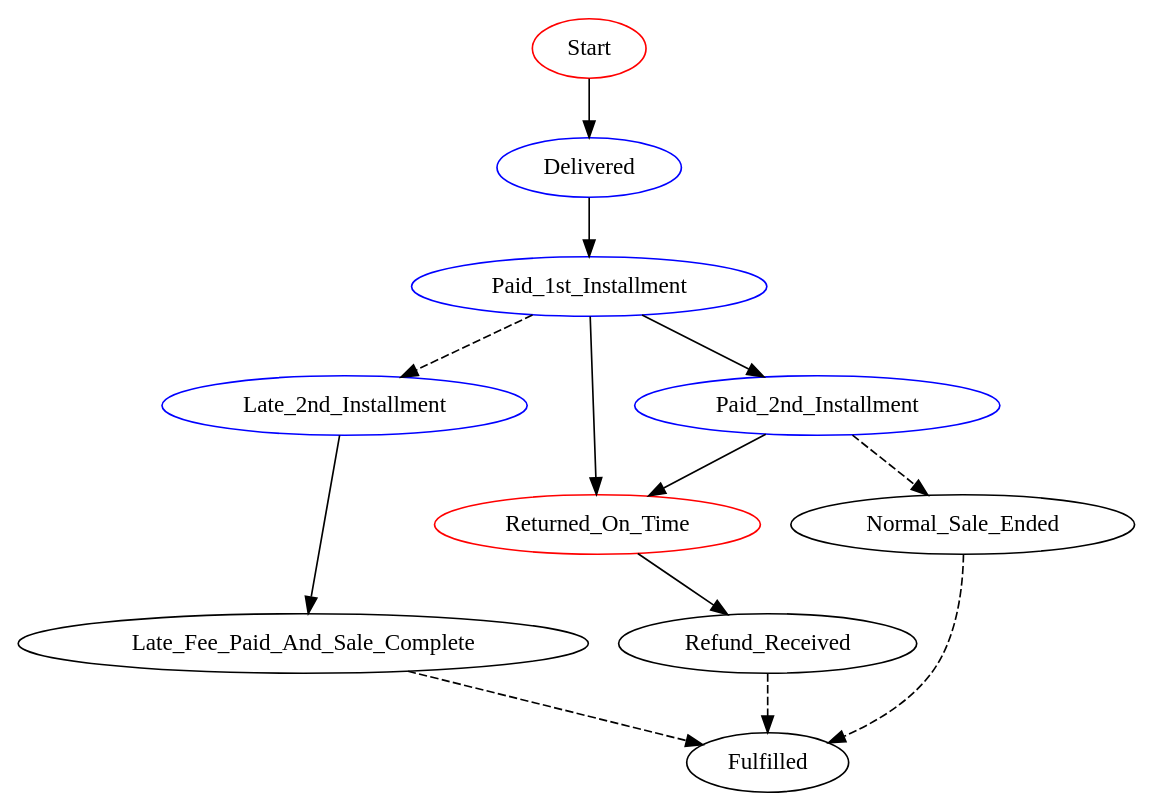
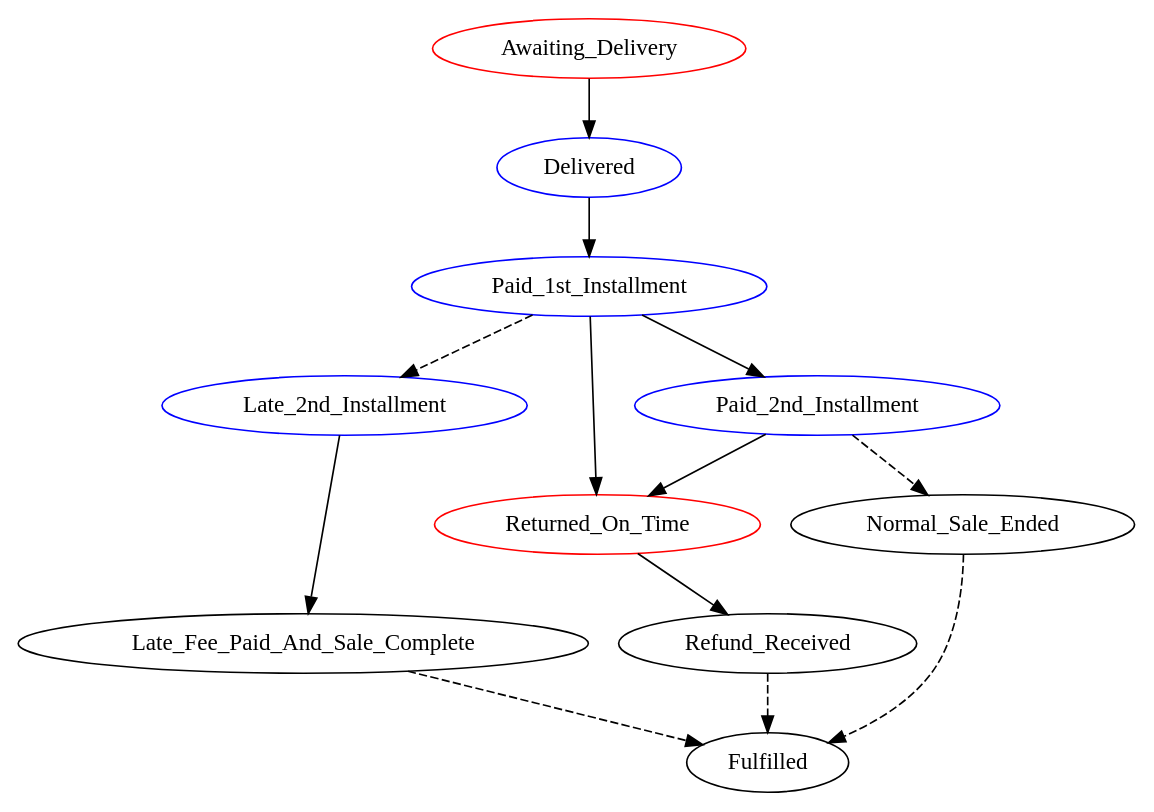
Before and after one commit to Marcao02/complaw-deeptech: the diagram in linear_state_machine_language/out/hvitved_printer.dot, drawn with Graphviz. The commit also changed 10 other files, not shown here.

```diff
--- a/linear_state_machine_language/out/hvitved_printer.dot
+++ b/linear_state_machine_language/out/hvitved_printer.dot
@@ -1,25 +1,25 @@
 // THIS IS A GENERATED FILE. DO NOT EDIT.
 
 digraph Two_part_sale_Hvitved_Laser_Printer {
-	Start[label=Start,color=Red];
+	Awaiting_Delivery[label=Awaiting_Delivery,color=Red];
 	Delivered[label=Delivered,color=Blue];
 	Paid_1st_Installment[label=Paid_1st_Installment,color=Blue];
 	Late_2nd_Installment[label=Late_2nd_Installment,color=Blue];
 	Paid_2nd_Installment[label=Paid_2nd_Installment,color=Blue];
 	Returned_On_Time[label=Returned_On_Time,color=Red];
 	Late_Fee_Paid_And_Sale_Complete[label=Late_Fee_Paid_And_Sale_Complete];
 	Normal_Sale_Ended[label=Normal_Sale_Ended];
 	Refund_Received[label=Refund_Received];
-	Start -> Delivered;
+	Awaiting_Delivery -> Delivered;
 	Delivered -> Paid_1st_Installment;
 	Paid_1st_Installment -> Paid_2nd_Installment;
 	Paid_1st_Installment -> Returned_On_Time;
 	Paid_1st_Installment -> Late_2nd_Installment [style=dashed];
 	Late_2nd_Installment -> Late_Fee_Paid_And_Sale_Complete;
 	Paid_2nd_Installment -> Returned_On_Time;
 	Paid_2nd_Installment -> Normal_Sale_Ended [style=dashed];
 	Returned_On_Time -> Refund_Received;
 	Late_Fee_Paid_And_Sale_Complete -> Fulfilled [style=dashed];
 	Normal_Sale_Ended -> Fulfilled [style=dashed];
 	Refund_Received -> Fulfilled [style=dashed];
 }
```
